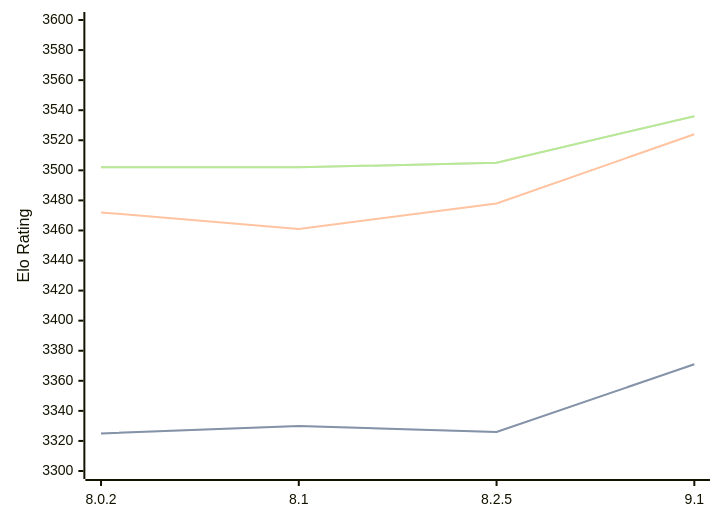
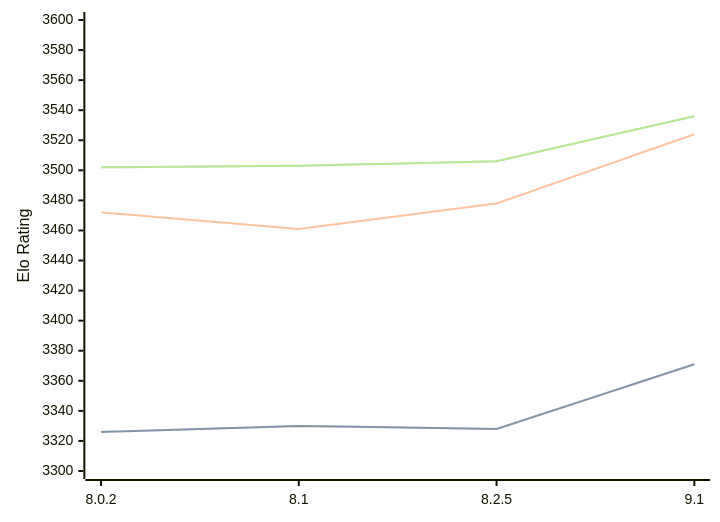
One commit to computer-chess-index/cci changed the diagram in engines/Clover.md. Above: the diagram before and after it, drawn with Mermaid. The commit also changed other lines of this file, not shown here.

Commit message:
Update CCI Ratings (ELO VLTC) - 2026-07-24

````diff
--- a/engines/Clover.md
+++ b/engines/Clover.md
@@ -64,11 +64,11 @@
 ```mermaid
 %%{init: {"theme":"base","themeVariables":{"seriesColors:['#a3a3a3','#222221','#faa371']}}}%%
 xychart-beta
   x-axis ["8.0.2", "8.1", "8.2.5", "9.1"]
   y-axis "Elo Rating" 3300 --> 3600
-  line "STC (8.0+0.08s)" [3325, 3330, 3326, 3371]
-  line "STC (8.0+0.08s)" [3325, 3330, 3326, 3371]
+  line "STC (8.0+0.08s)" [3326, 3330, 3328, 3371]
+  line "STC (8.0+0.08s)" [3326, 3330, 3328, 3371]
   line "LTC (60.0+0.60s)" [3472, 3461, 3478, 3524]
-  line "VLTC (2m24s+1.12s)" [3502, 3502, 3505, 3536]
-  line "VLTC (2m24s+1.12s)" [3502, 3502, 3505, 3536]
+  line "VLTC (2m24s+1.12s)" [3502, 3503, 3506, 3536]
+  line "VLTC (2m24s+1.12s)" [3502, 3503, 3506, 3536]
 ```
````
